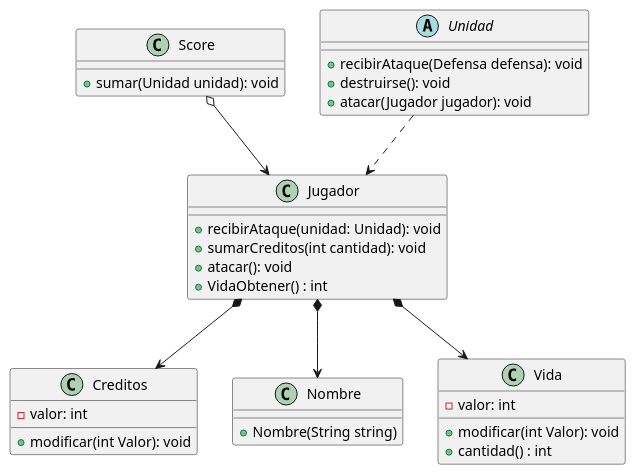
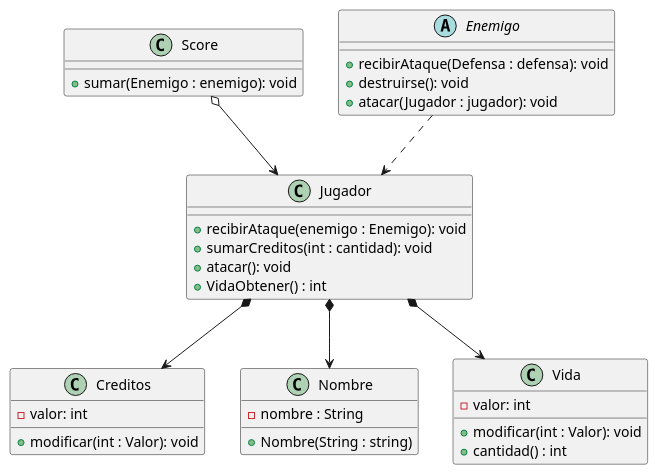
The diagram in diagrams/classes/Jugador_class_diagram.puml (franzimbi/algo3_tp2), drawn with PlantUML before and after one commit. The commit also changed 4 other files, not shown here.

Commit message:
actualizacion UML

```diff
--- a/diagrams/classes/Jugador_class_diagram.puml
+++ b/diagrams/classes/Jugador_class_diagram.puml
@@ -1,42 +1,43 @@
 @startuml
 'https://plantuml.com/class-diagram
 
 class Jugador {
-    +recibirAtaque(unidad: Unidad): void
-    +sumarCreditos(int cantidad): void
+    +recibirAtaque(enemigo : Enemigo): void
+    +sumarCreditos(int : cantidad): void
     +atacar(): void
     +VidaObtener() : int
 }
 
 class Creditos {
     -valor: int
-    +modificar(int Valor): void
+    +modificar(int : Valor): void
 }
 
 class Nombre {
-    +Nombre(String string)
+    -nombre : String
+    +Nombre(String : string)
 }
 
 class Vida {
     -valor: int
-    +modificar(int Valor): void
+    +modificar(int : Valor): void
     +cantidad() : int
 }
 
 class Score {
-    +sumar(Unidad unidad): void
+    +sumar(Enemigo : enemigo): void
 }
 
-abstract class Unidad {
-    +recibirAtaque(Defensa defensa): void
+abstract class Enemigo {
+    +recibirAtaque(Defensa : defensa): void
     +destruirse(): void
-    +atacar(Jugador jugador): void
+    +atacar(Jugador : jugador): void
 }
 
-Unidad ..> Jugador
+Enemigo ..> Jugador
 Jugador  *--> Creditos
 Jugador  *-->  Nombre
 Jugador  *--> Vida
 Score  o-->  Jugador
 
 @enduml
```
